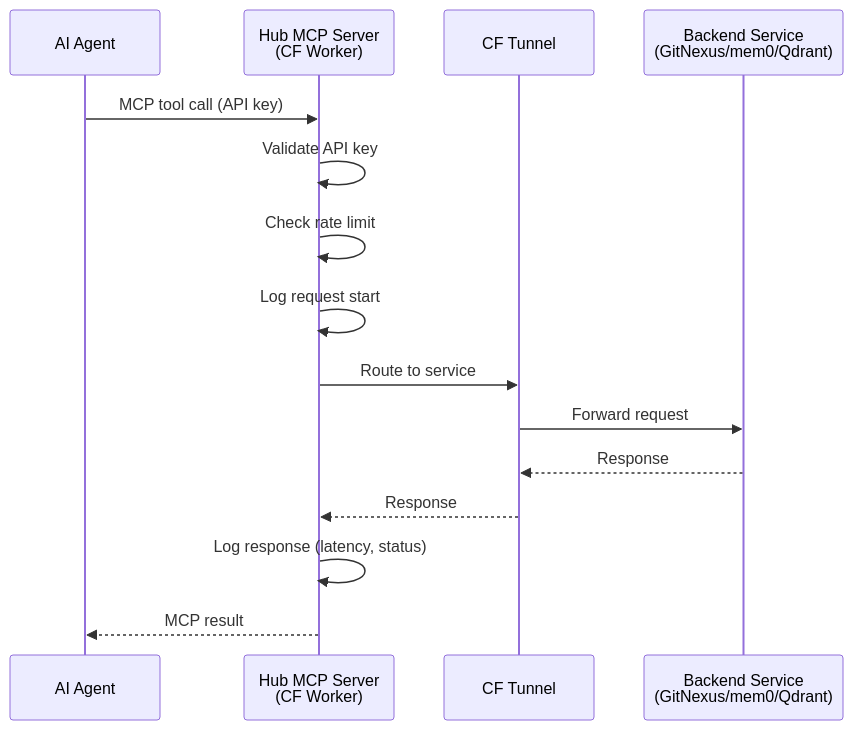
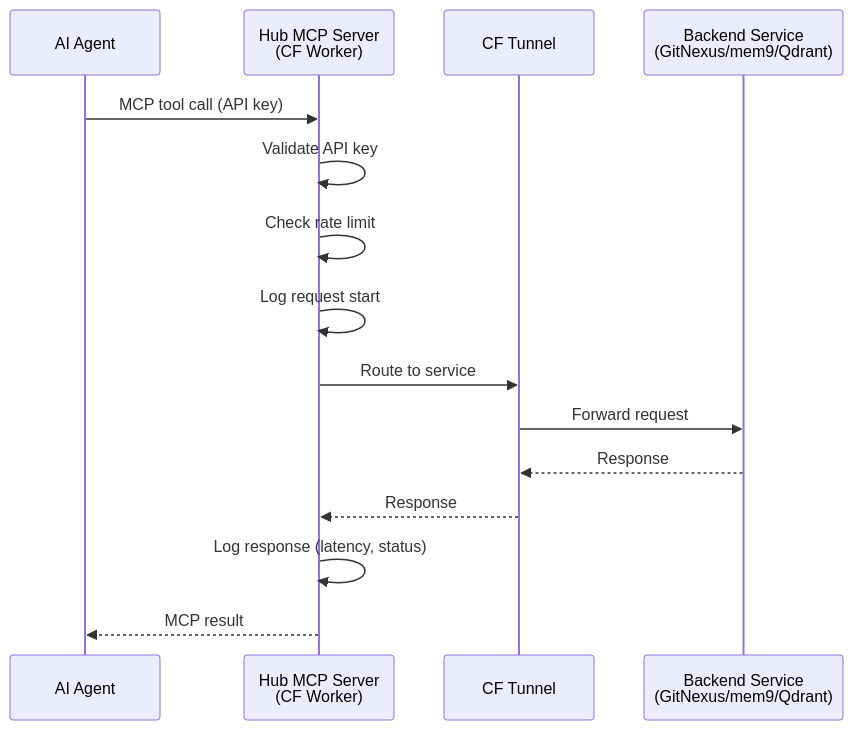
One commit to lktiep/cortex-hub changed the second of 4 diagrams in docs/architecture/system-diagrams/container-and-flows.md. Above: the diagram before and after it, drawn with Mermaid. The commit also changed 17 other files, not shown here.

````diff
--- a/docs/architecture/system-diagrams/container-and-flows.md
+++ b/docs/architecture/system-diagrams/container-and-flows.md
@@ -37,18 +37,18 @@
 ```mermaid
 sequenceDiagram
     participant Agent as AI Agent
     participant HubMCP as Hub MCP Server<br/>(CF Worker)
     participant Tunnel as CF Tunnel
-    participant Service as Backend Service<br/>(GitNexus/mem0/Qdrant)
+    participant Service as Backend Service<br/>(GitNexus/mem9/Qdrant)
 
     Agent->>HubMCP: MCP tool call (API key)
     HubMCP->>HubMCP: Validate API key
     HubMCP->>HubMCP: Check rate limit
     HubMCP->>HubMCP: Log request start
     HubMCP->>Tunnel: Route to service
     Tunnel->>Service: Forward request
     Service-->>Tunnel: Response
     Tunnel-->>HubMCP: Response
     HubMCP->>HubMCP: Log response (latency, status)
     HubMCP-->>Agent: MCP result
 ```
````
